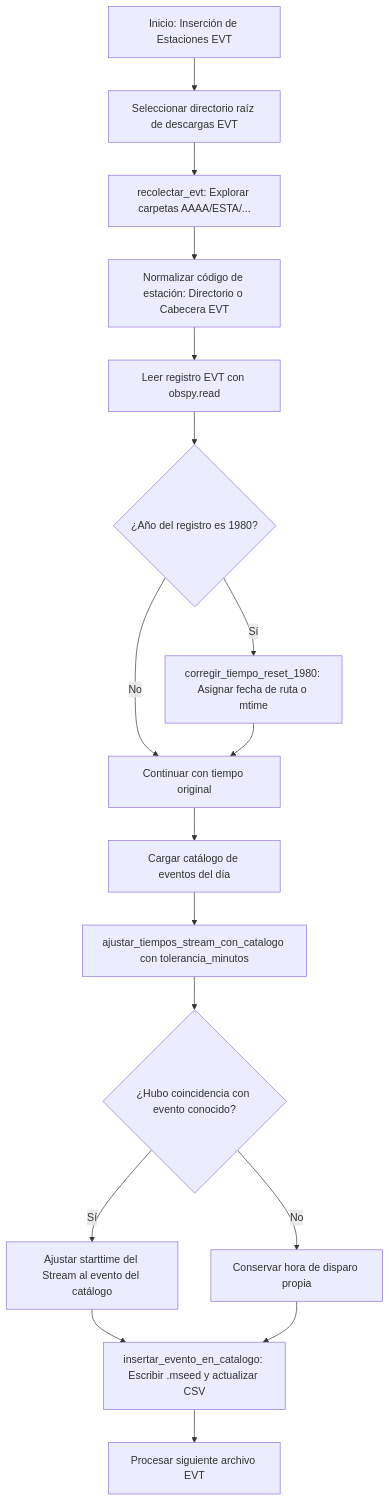
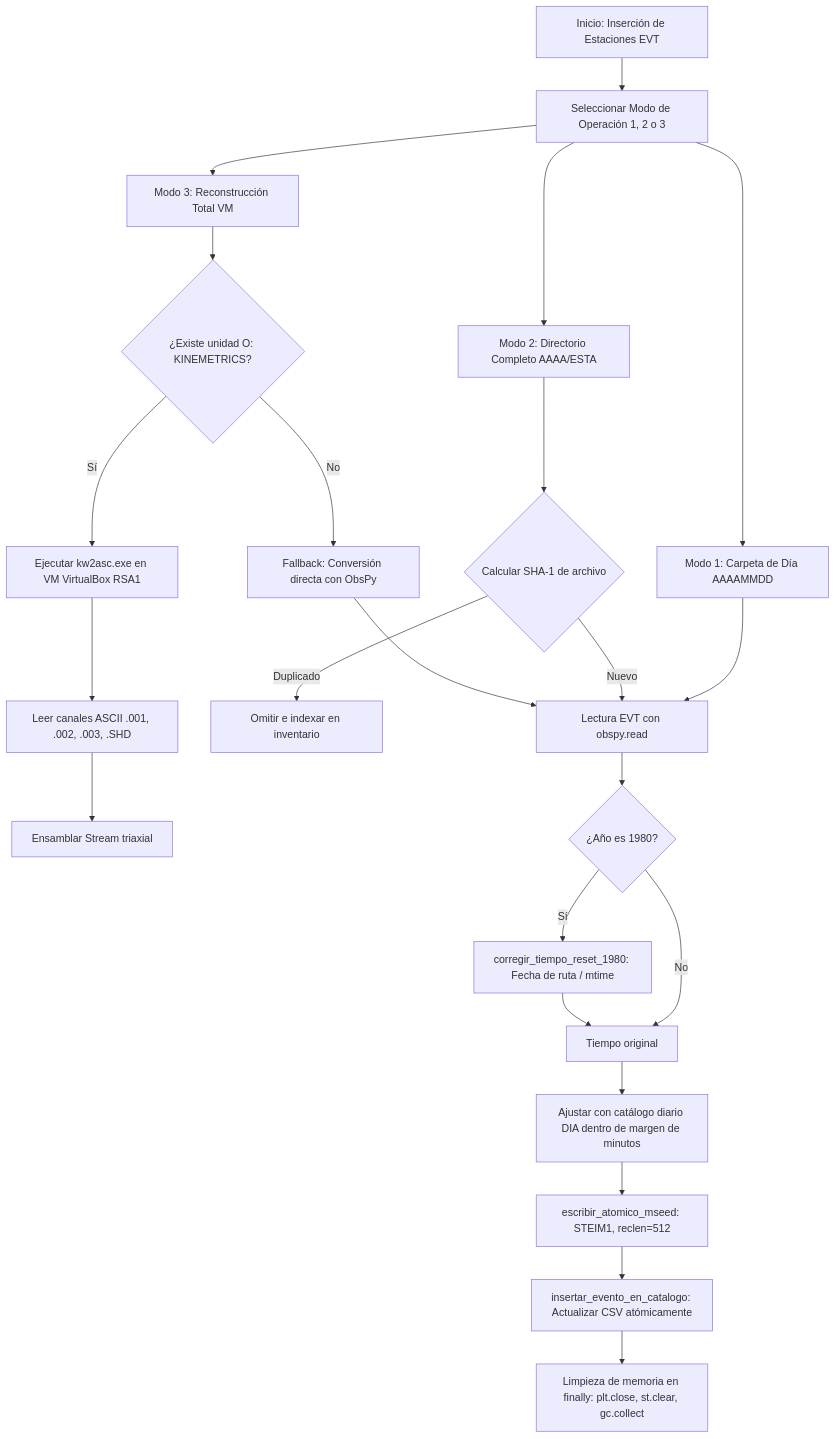
The diagram in modulos externos/Insercion de estaciones EVT_contx.md (RedSismicaAustro/rsa_sismologia), drawn with Mermaid before and after one commit. The commit also changed other lines of this file and 14 other files, not shown here.

First line of the commit message:
refactor(modulos-externos): depuracion de acelerografos EVT, tolerancia a mseed faltante en caudales y documentacion ADR-002

````diff
--- a/modulos externos/Insercion de estaciones EVT_contx.md
+++ b/modulos externos/Insercion de estaciones EVT_contx.md
@@ -33,19 +38,30 @@
 ```mermaid
 flowchart TD
-    A[Inicio: Inserción de Estaciones EVT] --> B[Seleccionar directorio raíz de descargas EVT]
-    B --> C[recolectar_evt: Explorar carpetas AAAA/ESTA/...]
-    C --> D[Normalizar código de estación: Directorio o Cabecera EVT]
-    D --> E[Leer registro EVT con obspy.read]
-    E --> F{¿Año del registro es 1980?}
-    F -- Sí --> G[corregir_tiempo_reset_1980: Asignar fecha de ruta o mtime]
-    F -- No --> H[Continuar con tiempo original]
-    G --> H
-    H --> I[Cargar catálogo de eventos del día]
-    I --> J[ajustar_tiempos_stream_con_catalogo con tolerancia_minutos]
-    J --> K{¿Hubo coincidencia con evento conocido?}
-    K -- Sí --> L[Ajustar starttime del Stream al evento del catálogo]
-    K -- No --> M[Conservar hora de disparo propia]
-    L --> N[insertar_evento_en_catalogo: Escribir .mseed y actualizar CSV]
-    M --> N
-    N --> O[Procesar siguiente archivo EVT]
+    A[Inicio: Inserción de Estaciones EVT] --> B[Seleccionar Modo de Operación 1, 2 o 3]
+    
+    B --> C[Modo 1: Carpeta de Día AAAAMMDD]
+    B --> D[Modo 2: Directorio Completo AAAA/ESTA]
+    B --> E[Modo 3: Reconstrucción Total VM]
+
+    C --> F[Lectura EVT con obspy.read]
+    D --> G{Calcular SHA-1 de archivo}
+    G -- Duplicado --> H[Omitir e indexar en inventario]
+    G -- Nuevo --> F
+    
+    E --> I{¿Existe unidad O: KINEMETRICS?}
+    I -- Sí --> J[Ejecutar kw2asc.exe en VM VirtualBox RSA1]
+    I -- No --> K[Fallback: Conversión directa con ObsPy]
+    J --> L[Leer canales ASCII .001, .002, .003, .SHD]
+    K --> F
+    L --> M[Ensamblar Stream triaxial]
+
+    F --> N{¿Año es 1980?}
+    N -- Sí --> O[corregir_tiempo_reset_1980: Fecha de ruta / mtime]
+    N -- No --> P[Tiempo original]
+    O --> P
+
+    P --> Q[Ajustar con catálogo diario DIA dentro de margen de minutos]
+    Q --> R[escribir_atomico_mseed: STEIM1, reclen=512]
+    R --> S[insertar_evento_en_catalogo: Actualizar CSV atómicamente]
+    S --> T[Limpieza de memoria en finally: plt.close, st.clear, gc.collect]
 ```
````
